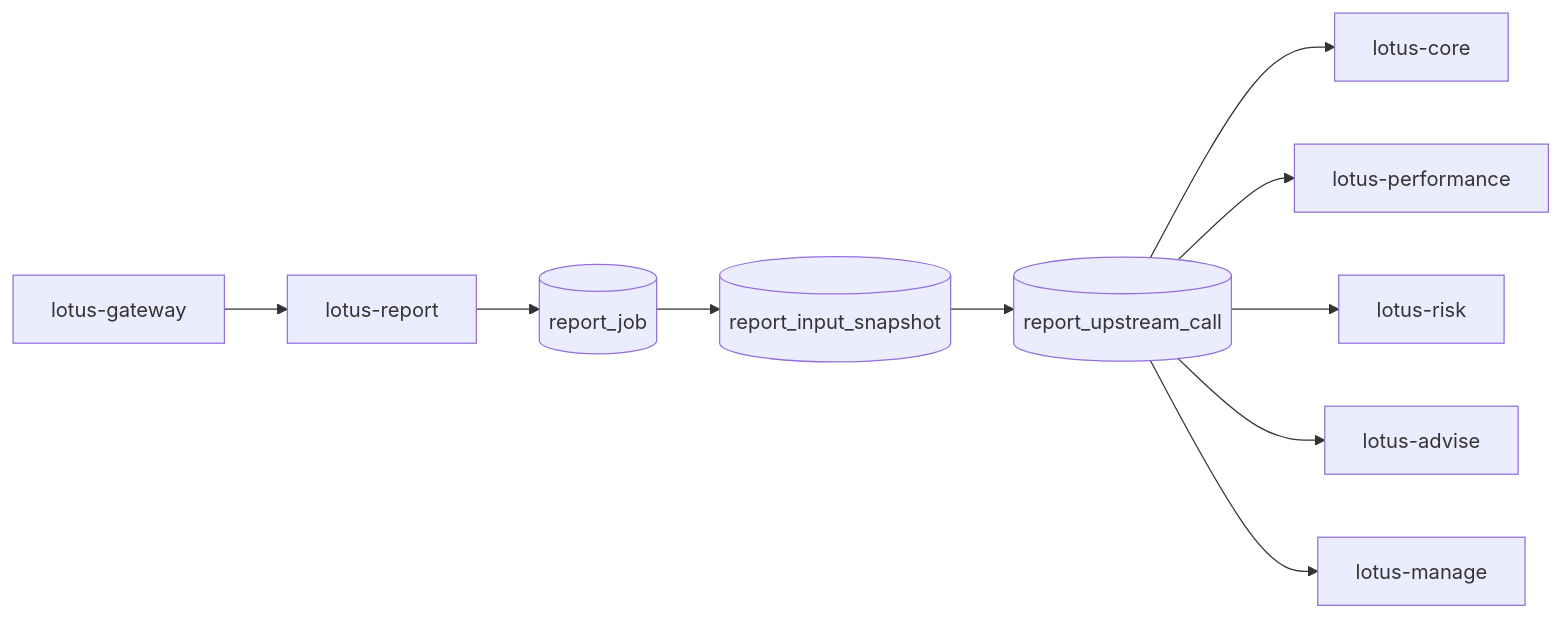
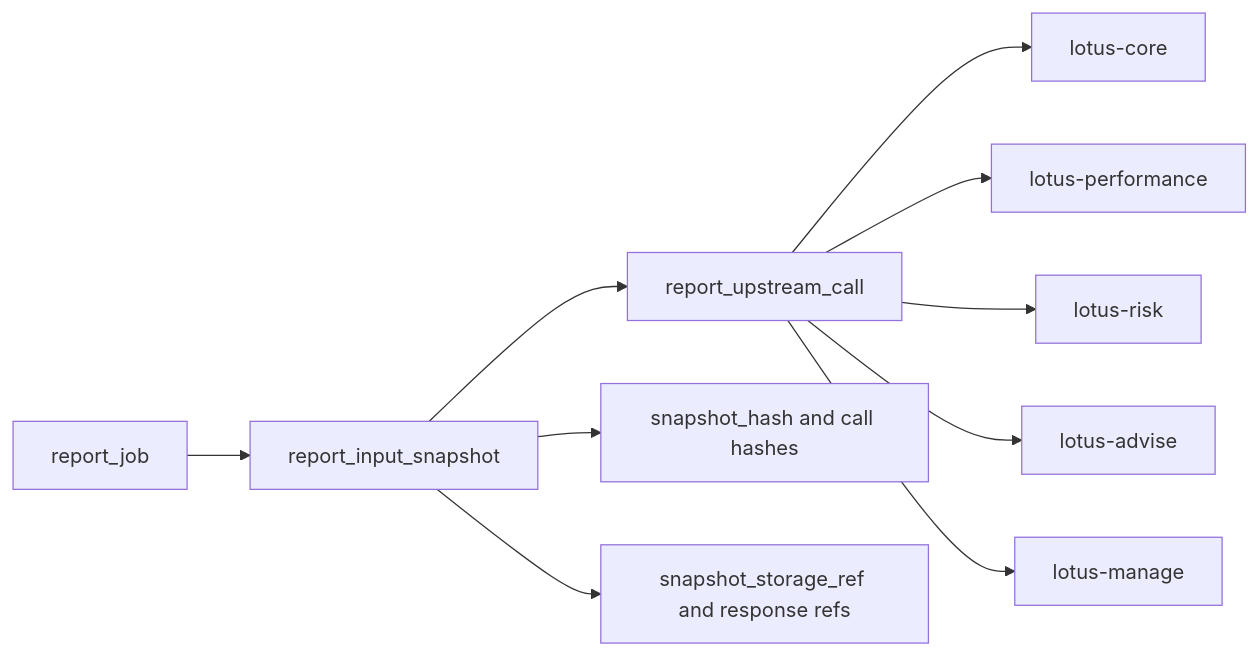
One commit to sgajbi/lotus-platform changed the diagram in rfcs/RFC-0101-report-data-snapshot-and-lineage-contracts.md. Above: the diagram before and after it, drawn with Mermaid. The commit also changed other lines of this file, not shown here.

````diff
--- a/rfcs/RFC-0101-report-data-snapshot-and-lineage-contracts.md
+++ b/rfcs/RFC-0101-report-data-snapshot-and-lineage-contracts.md
@@ -117,12 +162,23 @@
 ```mermaid
 flowchart LR
-    GW[lotus-gateway] --> REPORT[lotus-report]
-    REPORT --> JOB[(report_job)]
-    JOB --> SNAP[(report_input_snapshot)]
-    SNAP --> CALLS[(report_upstream_call)]
-    CALLS --> CORE[lotus-core]
-    CALLS --> PERF[lotus-performance]
-    CALLS --> RISK[lotus-risk]
-    CALLS --> ADVISE[lotus-advise]
-    CALLS --> MANAGE[lotus-manage]
+    JOB[report_job]
+    SNAP[report_input_snapshot]
+    CALL[report_upstream_call]
+    HASH[snapshot_hash and call hashes]
+    REFS[snapshot_storage_ref and response refs]
+    CORE[lotus-core]
+    PERF[lotus-performance]
+    RISK[lotus-risk]
+    ADV[lotus-advise]
+    MANAGE[lotus-manage]
+
+    JOB --> SNAP
+    SNAP --> CALL
+    SNAP --> HASH
+    SNAP --> REFS
+    CALL --> CORE
+    CALL --> PERF
+    CALL --> RISK
+    CALL --> ADV
+    CALL --> MANAGE
 ```
````
